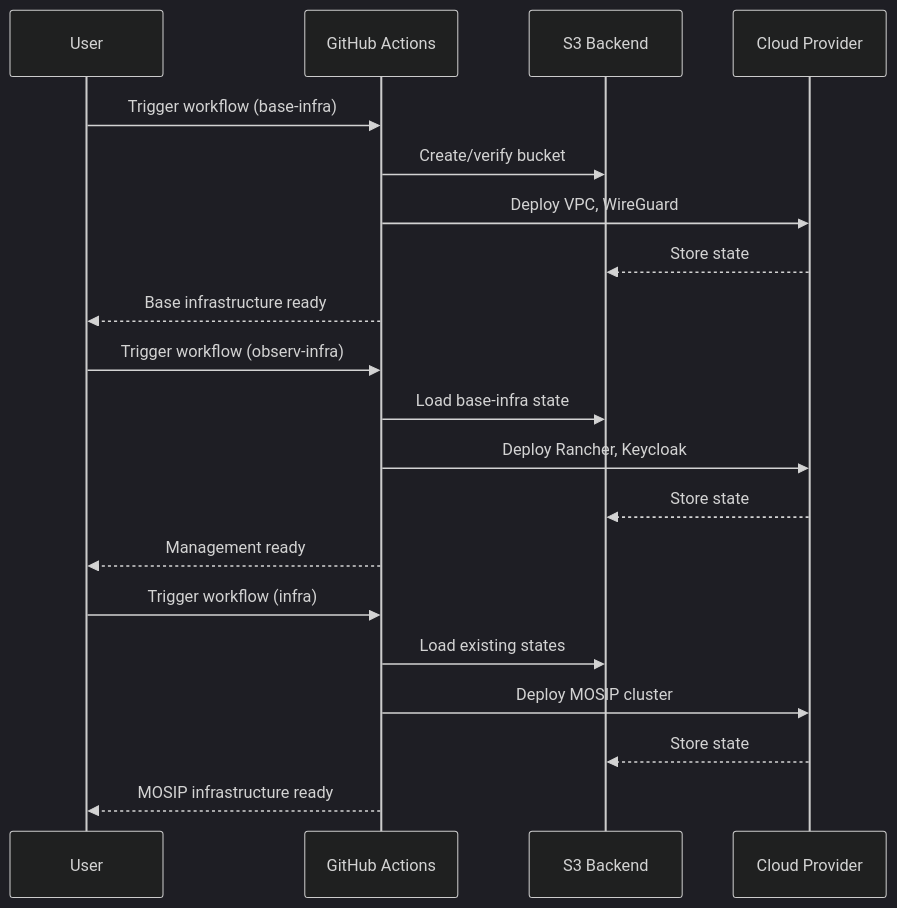
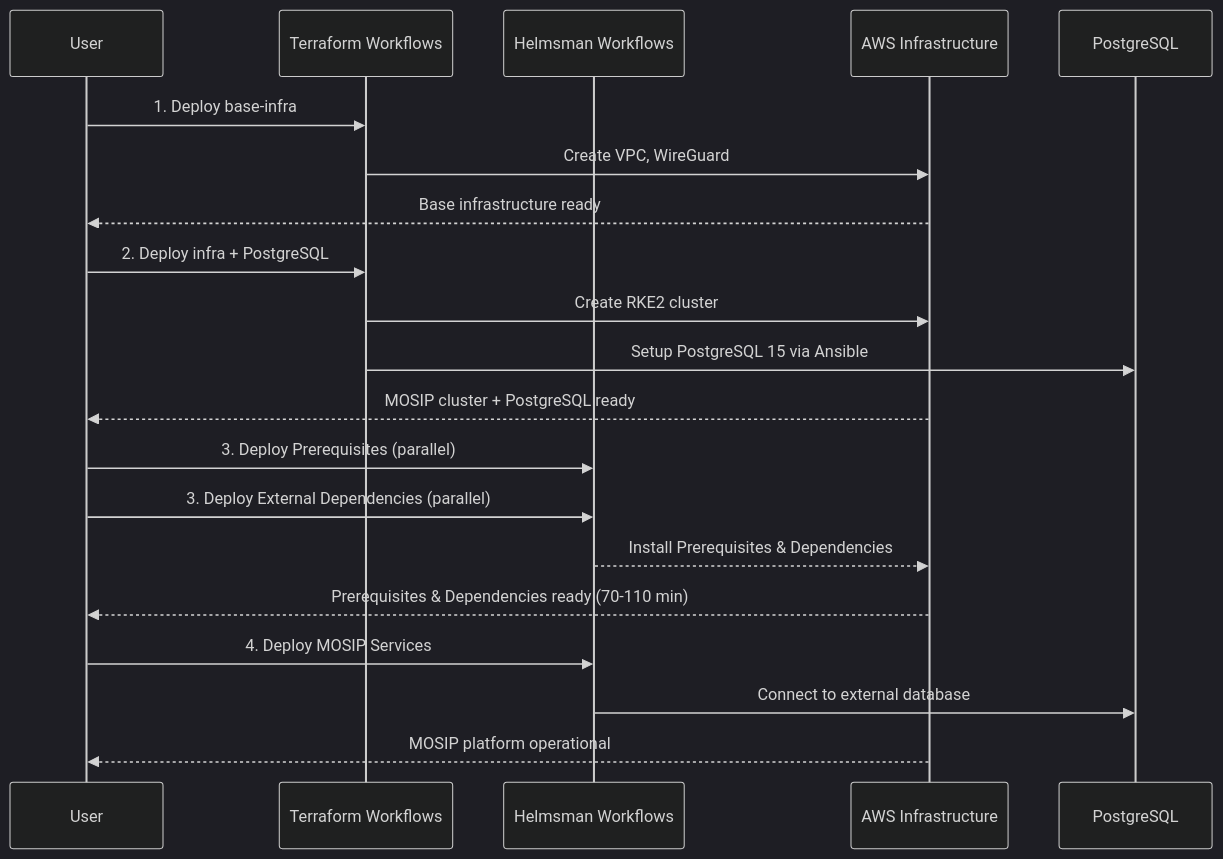
The third of 4 diagrams in .github/workflows/README.md (mosip/infra), drawn with Mermaid (dark theme) before and after one commit. The commit also changed other lines of this file and 18 other files, not shown here.

````diff
--- a/.github/workflows/README.md
+++ b/.github/workflows/README.md
@@ -263,25 +370,26 @@
 ```mermaid
 sequenceDiagram
     participant User
-    participant GitHub Actions
-    participant S3 Backend
-    participant Cloud Provider
+    participant Terraform Workflows
+    participant Helmsman Workflows
+    participant AWS Infrastructure
+    participant PostgreSQL
     
-    User->>GitHub Actions: Trigger workflow (base-infra)
-    GitHub Actions->>S3 Backend: Create/verify bucket
-    GitHub Actions->>Cloud Provider: Deploy VPC, WireGuard
-    Cloud Provider-->>S3 Backend: Store state
-    GitHub Actions-->>User: Base infrastructure ready
+    User->>Terraform Workflows: 1. Deploy base-infra
+    Terraform Workflows->>AWS Infrastructure: Create VPC, WireGuard
+    AWS Infrastructure-->>User: Base infrastructure ready
     
-    User->>GitHub Actions: Trigger workflow (observ-infra)
-    GitHub Actions->>S3 Backend: Load base-infra state
-    GitHub Actions->>Cloud Provider: Deploy Rancher, Keycloak
-    Cloud Provider-->>S3 Backend: Store state
-    GitHub Actions-->>User: Management ready
+    User->>Terraform Workflows: 2. Deploy infra + PostgreSQL
+    Terraform Workflows->>AWS Infrastructure: Create RKE2 cluster
+    Terraform Workflows->>PostgreSQL: Setup PostgreSQL 15 via Ansible
+    AWS Infrastructure-->>User: MOSIP cluster + PostgreSQL ready
     
-    User->>GitHub Actions: Trigger workflow (infra)
-    GitHub Actions->>S3 Backend: Load existing states
-    GitHub Actions->>Cloud Provider: Deploy MOSIP cluster
-    Cloud Provider-->>S3 Backend: Store state
-    GitHub Actions-->>User: MOSIP infrastructure ready
+    User->>Helmsman Workflows: 3. Deploy Prerequisites (parallel)
+    User->>Helmsman Workflows: 3. Deploy External Dependencies (parallel)
+    Helmsman Workflows-->>AWS Infrastructure: Install Prerequisites & Dependencies
+    AWS Infrastructure-->>User: Prerequisites & Dependencies ready (70-110 min)
+    
+    User->>Helmsman Workflows: 4. Deploy MOSIP Services
+    Helmsman Workflows->>PostgreSQL: Connect to external database
+    AWS Infrastructure-->>User: MOSIP platform operational
 ```
````
